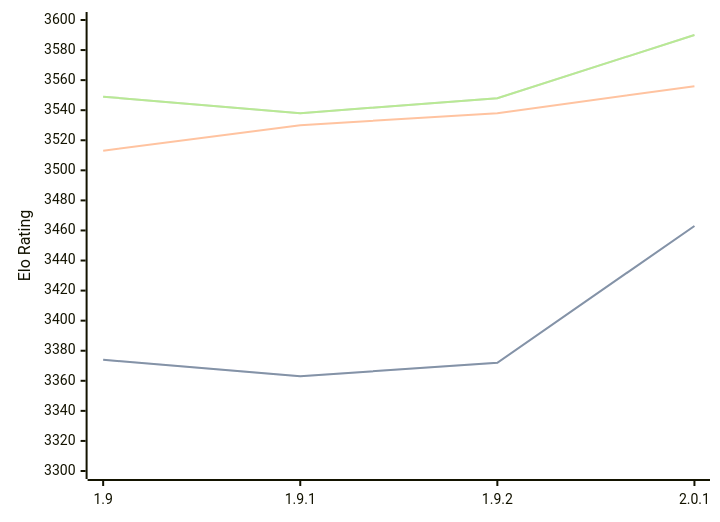
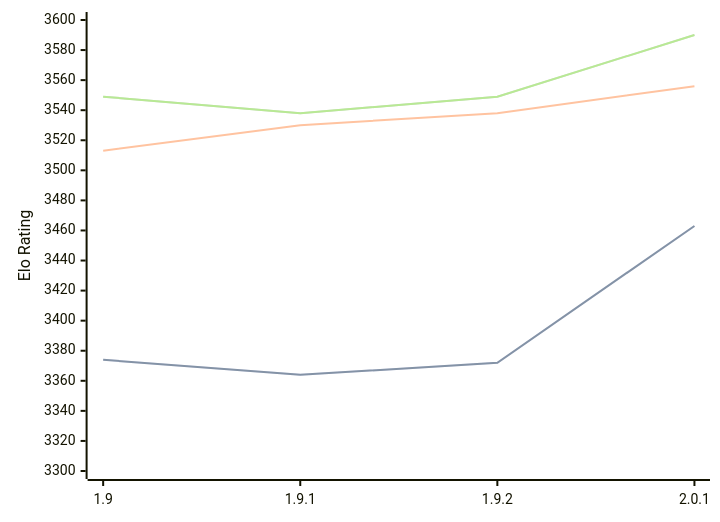
Before and after one commit to computer-chess-index/cci: the diagram in engines/Pawnocchio.md, drawn with Mermaid. The commit also changed other lines of this file, not shown here.

Commit message:
Update CCI Ratings (ELO VLTC) - 2026-08-25

````diff
--- a/engines/Pawnocchio.md
+++ b/engines/Pawnocchio.md
@@ -36,11 +36,11 @@
 ```mermaid
 %%{init: {"theme":"base","themeVariables":{"seriesColors:['#a3a3a3','#222221','#faa371']}}}%%
 xychart-beta
   x-axis ["1.9", "1.9.1", "1.9.2", "2.0.1"]
   y-axis "Elo Rating" 3300 --> 3600
-  line "STC (8.0+0.08s)" [3374, 3363, 3372, 3463]
-  line "STC (8.0+0.08s)" [3374, 3363, 3372, 3463]
+  line "STC (8.0+0.08s)" [3374, 3364, 3372, 3463]
+  line "STC (8.0+0.08s)" [3374, 3364, 3372, 3463]
   line "LTC (60.0+0.60s)" [3513, 3530, 3538, 3556]
-  line "VLTC (2m24s+1.12s)" [3549, 3538, 3548, 3590]
-  line "VLTC (2m24s+1.12s)" [3549, 3538, 3548, 3590]
+  line "VLTC (2m24s+1.12s)" [3549, 3538, 3549, 3590]
+  line "VLTC (2m24s+1.12s)" [3549, 3538, 3549, 3590]
 ```
````
